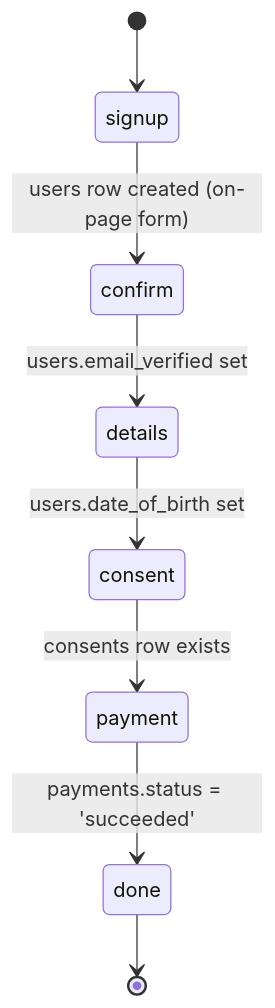
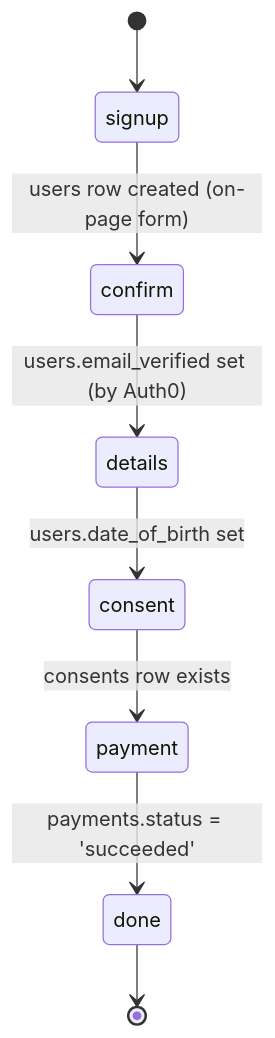
Before and after one commit to dbates-commits/primary-brain-health: the second of 2 diagrams in docs/booking-flow.md, drawn with Mermaid. The commit also changed other lines of this file and 21 other files, not shown here.

````diff
--- a/docs/booking-flow.md
+++ b/docs/booking-flow.md
@@ -105,10 +136,10 @@
 ```mermaid
 stateDiagram-v2
     [*] --> signup
     signup --> confirm: users row created (on-page form)
-    confirm --> details: users.email_verified set
+    confirm --> details: users.email_verified set (by Auth0)
     details --> consent: users.date_of_birth set
     consent --> payment: consents row exists
     payment --> done: payments.status = 'succeeded'
     done --> [*]
 ```
````
